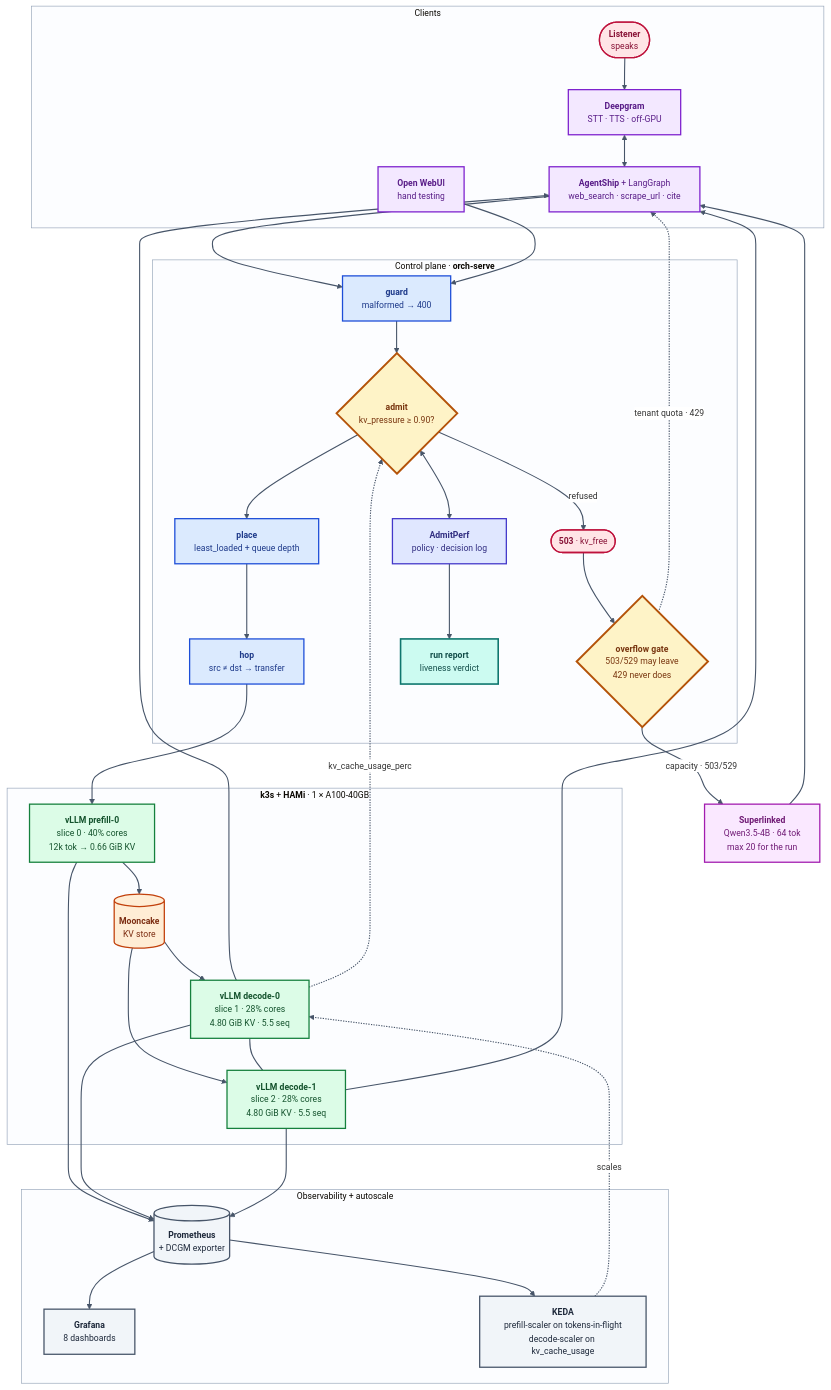
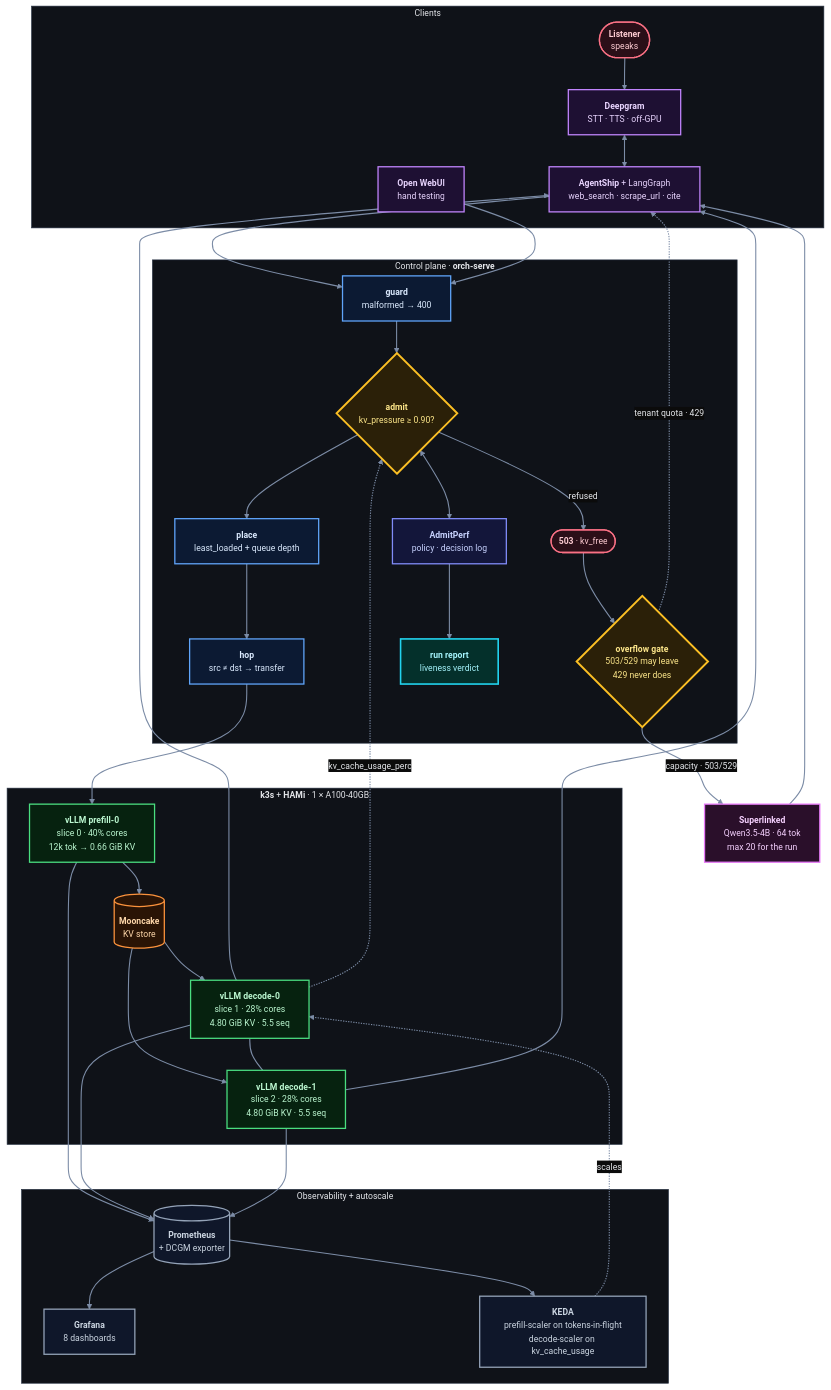
The diagram in README.md (harshuljain13/Dodona), drawn with Mermaid before and after one commit. The commit also changed 13 other files, not shown here.

First line of the commit message:
style: dark diagrams, matching the banner

````diff
--- a/README.md
+++ b/README.md
@@ -41,8 +41,11 @@
 ```mermaid
 %%{init: {'theme':'base','themeVariables':{
+  'darkMode':true,'background':'#0B0B0B',
   'fontFamily':'Helvetica, Arial, sans-serif','fontSize':'13.5px',
-  'lineColor':'#475569','clusterBkg':'#fcfdff','clusterBorder':'#94a3b8',
-  'edgeLabelBackground':'#ffffff'}}}%%
+  'primaryColor':'#111827','primaryTextColor':'#E5E7EB','primaryBorderColor':'#475569',
+  'lineColor':'#7C8CA6','textColor':'#E5E7EB','titleColor':'#E5E7EB',
+  'clusterBkg':'#0F1218','clusterBorder':'#263142','edgeLabelBackground':'#0B0B0B'
+}}}%%
 flowchart TD
     subgraph CL["Clients"]
       L(["<b>Listener</b><br/>speaks"])
@@ -117,15 +120,28 @@
     class PM,GF,KD obs
     class RP out
 
-    classDef actor  fill:#ffe4e6,stroke:#be123c,stroke-width:2px,color:#881337
-    classDef ext    fill:#f3e8ff,stroke:#7e22ce,stroke-width:2px,color:#581c87
-    classDef ours   fill:#dbeafe,stroke:#1d4ed8,stroke-width:2px,color:#1e3a8a
-    classDef gate   fill:#fef3c7,stroke:#b45309,stroke-width:3px,color:#78350f
-    classDef engine fill:#dcfce7,stroke:#15803d,stroke-width:2px,color:#14532d
-    classDef store  fill:#ffedd5,stroke:#c2410c,stroke-width:2px,color:#7c2d12
-    classDef lib    fill:#e0e7ff,stroke:#4338ca,stroke-width:2px,color:#312e81
-    classDef obs    fill:#f1f5f9,stroke:#475569,stroke-width:2px,color:#1e293b
-    classDef overflow fill:#fae8ff,stroke:#a21caf,stroke-width:2px,color:#701a75
-    classDef out    fill:#ccfbf1,stroke:#0f766e,stroke-width:2.5px,color:#134e4a
-    linkStyle default stroke:#475569,stroke-width:1.7px
+    classDef actor    fill:#2B0F18,stroke:#FB7185,stroke-width:2px,color:#FECDD3
+    classDef input    fill:#2B0F18,stroke:#FB7185,stroke-width:2px,color:#FECDD3
+    classDef ext      fill:#1E1033,stroke:#C084FC,stroke-width:2px,color:#E9D5FF
+    classDef accent   fill:#1E1033,stroke:#C084FC,stroke-width:2px,color:#E9D5FF
+    classDef ours     fill:#0C1A33,stroke:#60A5FA,stroke-width:2px,color:#DBEAFE
+    classDef primary  fill:#0C1A33,stroke:#60A5FA,stroke-width:2px,color:#DBEAFE
+    classDef alt      fill:#0C1A33,stroke:#60A5FA,stroke-width:2px,color:#DBEAFE
+    classDef gate     fill:#2B2008,stroke:#FBBF24,stroke-width:3px,color:#FDE68A
+    classDef decision fill:#2B2008,stroke:#FBBF24,stroke-width:3px,color:#FDE68A
+    classDef engine   fill:#06220F,stroke:#4ADE80,stroke-width:2px,color:#BBF7D0
+    classDef secondary fill:#06220F,stroke:#4ADE80,stroke-width:2px,color:#BBF7D0
+    classDef store    fill:#2A1405,stroke:#FB923C,stroke-width:2px,color:#FED7AA
+    classDef data     fill:#2A1405,stroke:#FB923C,stroke-width:2px,color:#FED7AA
+    classDef lib      fill:#13163A,stroke:#818CF8,stroke-width:2px,color:#C7D2FE
+    classDef highlight fill:#13163A,stroke:#818CF8,stroke-width:2px,color:#C7D2FE
+    classDef obs      fill:#0F172A,stroke:#94A3B8,stroke-width:2px,color:#CBD5E1
+    classDef neutral  fill:#0F172A,stroke:#94A3B8,stroke-width:2px,color:#CBD5E1
+    classDef overflow fill:#2A0F2A,stroke:#E879F9,stroke-width:2px,color:#F5D0FE
+    classDef out      fill:#04302B,stroke:#22D3EE,stroke-width:2.5px,color:#A5F3FC
+    classDef success  fill:#04302B,stroke:#22D3EE,stroke-width:2.5px,color:#A5F3FC
+    classDef pick     fill:#06220F,stroke:#4ADE80,stroke-width:3px,color:#BBF7D0
+    classDef dead     fill:#2B0F18,stroke:#F87171,stroke-width:2px,color:#FECACA
+    classDef note     fill:#0F1218,stroke:#475569,stroke-width:1.5px,color:#9FB0C9
+    linkStyle default stroke:#7C8CA6,stroke-width:1.7px
 ```
````
